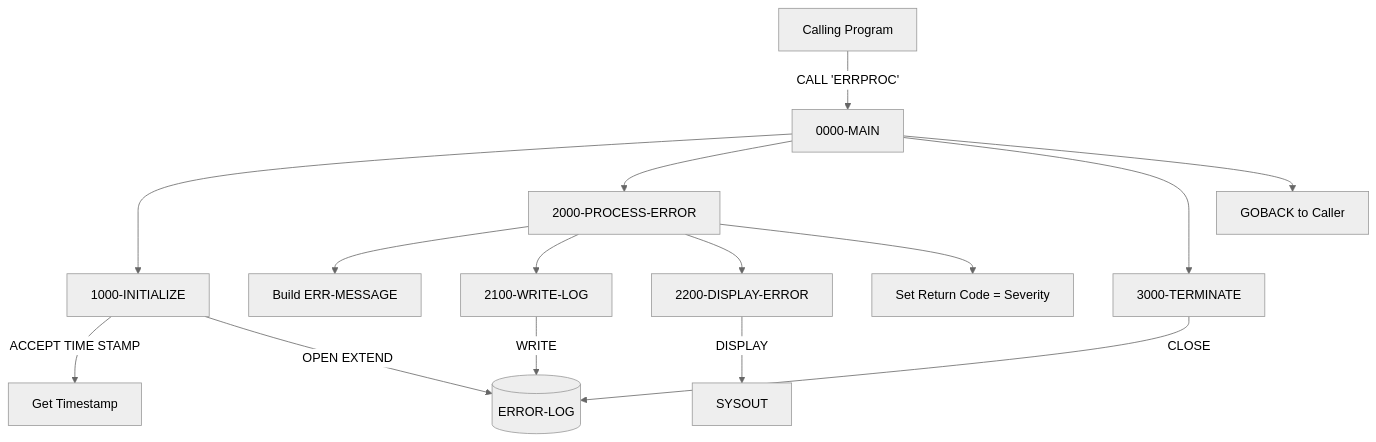
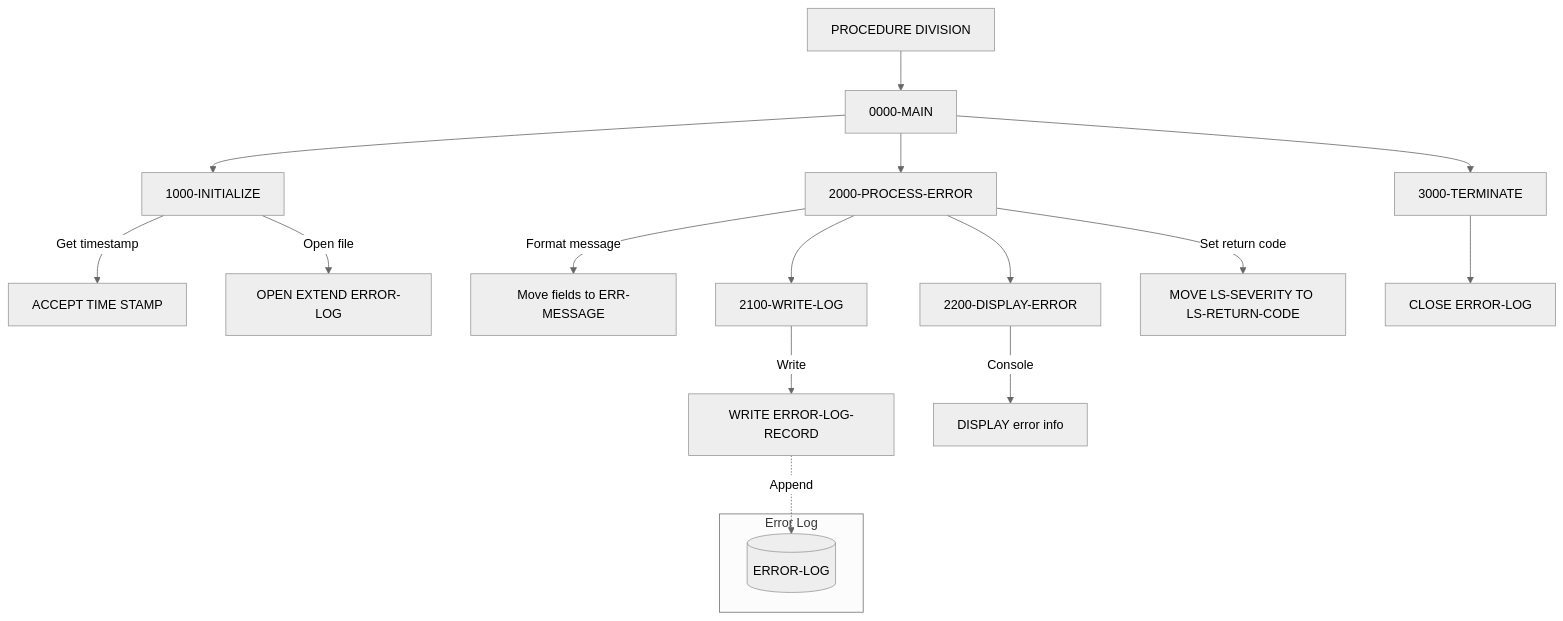
One commit to haladir-com/legacy-benchmark-docs-vb70e1 changed the diagram in docs/programs/ERRPROC.mdx. Above: the diagram before and after it, drawn with Mermaid (neutral theme). The commit also changed other lines of this file and 63 other files, not shown here.

````diff
--- a/docs/programs/ERRPROC.mdx
+++ b/docs/programs/ERRPROC.mdx
@@ -16,22 +19,26 @@
 ```mermaid
 graph TD
-    A[Calling Program] -->|CALL 'ERRPROC'| B[0000-MAIN]
+    A[PROCEDURE DIVISION] --> B[0000-MAIN]
     B --> C[1000-INITIALIZE]
     B --> D[2000-PROCESS-ERROR]
     B --> E[3000-TERMINATE]
     
-    C -->|ACCEPT TIME STAMP| F[Get Timestamp]
-    C -->|OPEN EXTEND| G[(ERROR-LOG)]
+    C -->|Get timestamp| F[ACCEPT TIME STAMP]
+    C -->|Open file| G[OPEN EXTEND ERROR-LOG]
     
-    D --> H[Build ERR-MESSAGE]
+    D -->|Format message| H[Move fields to ERR-MESSAGE]
     D --> I[2100-WRITE-LOG]
     D --> J[2200-DISPLAY-ERROR]
-    D --> K[Set Return Code = Severity]
+    D -->|Set return code| K[MOVE LS-SEVERITY TO LS-RETURN-CODE]
     
-    I -->|WRITE| G
-    J -->|DISPLAY| L[SYSOUT]
+    I -->|Write| L[WRITE ERROR-LOG-RECORD]
+    J -->|Console| M[DISPLAY error info]
     
-    E -->|CLOSE| G
+    E --> N[CLOSE ERROR-LOG]
     
-    B --> M[GOBACK to Caller]
+    subgraph "Error Log"
+        O[(ERROR-LOG)]
+    end
+    
+    L -.->|Append| O
 ```
````
